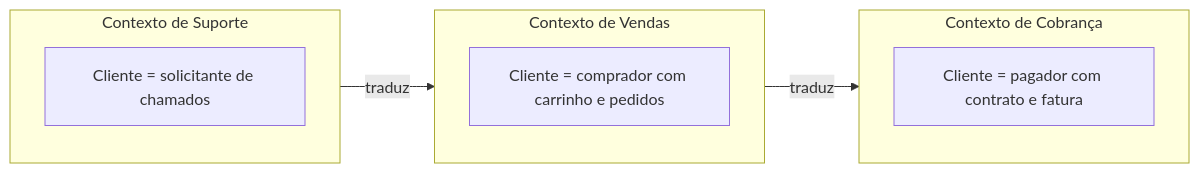
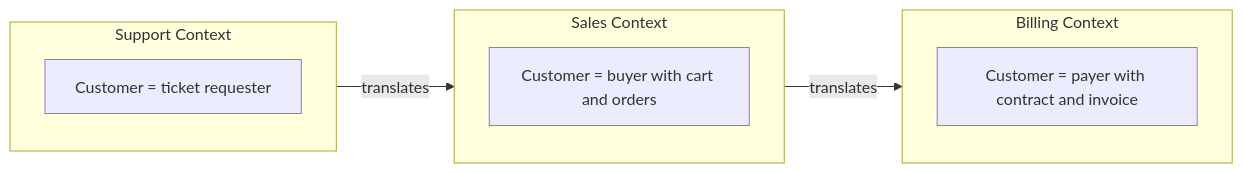
Before and after one commit to alancesar/design-patterns: the diagram in docs/application/ddd/model-in-practice/bounded-context.md, drawn with Mermaid. The commit also changed 258 other files, not shown here.

First line of the commit message:
Translate Mermaid diagrams to English

````diff
--- a/docs/application/ddd/model-in-practice/bounded-context.md
+++ b/docs/application/ddd/model-in-practice/bounded-context.md
@@ -55,14 +55,14 @@
 ```mermaid
 flowchart LR
-    subgraph Vendas ["Contexto de Vendas"]
-        V1["Cliente = comprador com carrinho e pedidos"]
+    subgraph Vendas ["Sales Context"]
+        V1["Customer = buyer with cart and orders"]
     end
-    subgraph Suporte ["Contexto de Suporte"]
-        S1["Cliente = solicitante de chamados"]
+    subgraph Suporte ["Support Context"]
+        S1["Customer = ticket requester"]
     end
-    subgraph Cobranca ["Contexto de Cobrança"]
-        C1["Cliente = pagador com contrato e fatura"]
+    subgraph Cobranca ["Billing Context"]
+        C1["Customer = payer with contract and invoice"]
     end
-    Vendas -->|"traduz"| Cobranca
-    Suporte -->|"traduz"| Vendas
+    Vendas -->|"translates"| Cobranca
+    Suporte -->|"translates"| Vendas
 ```
````
